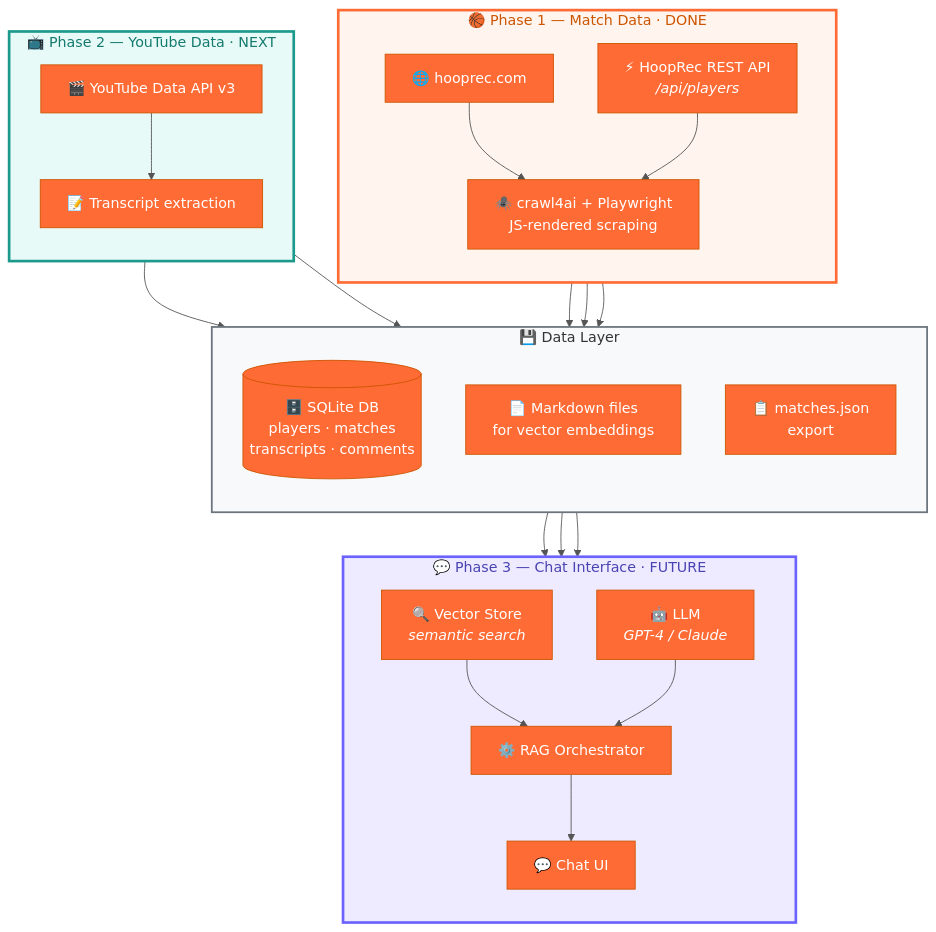
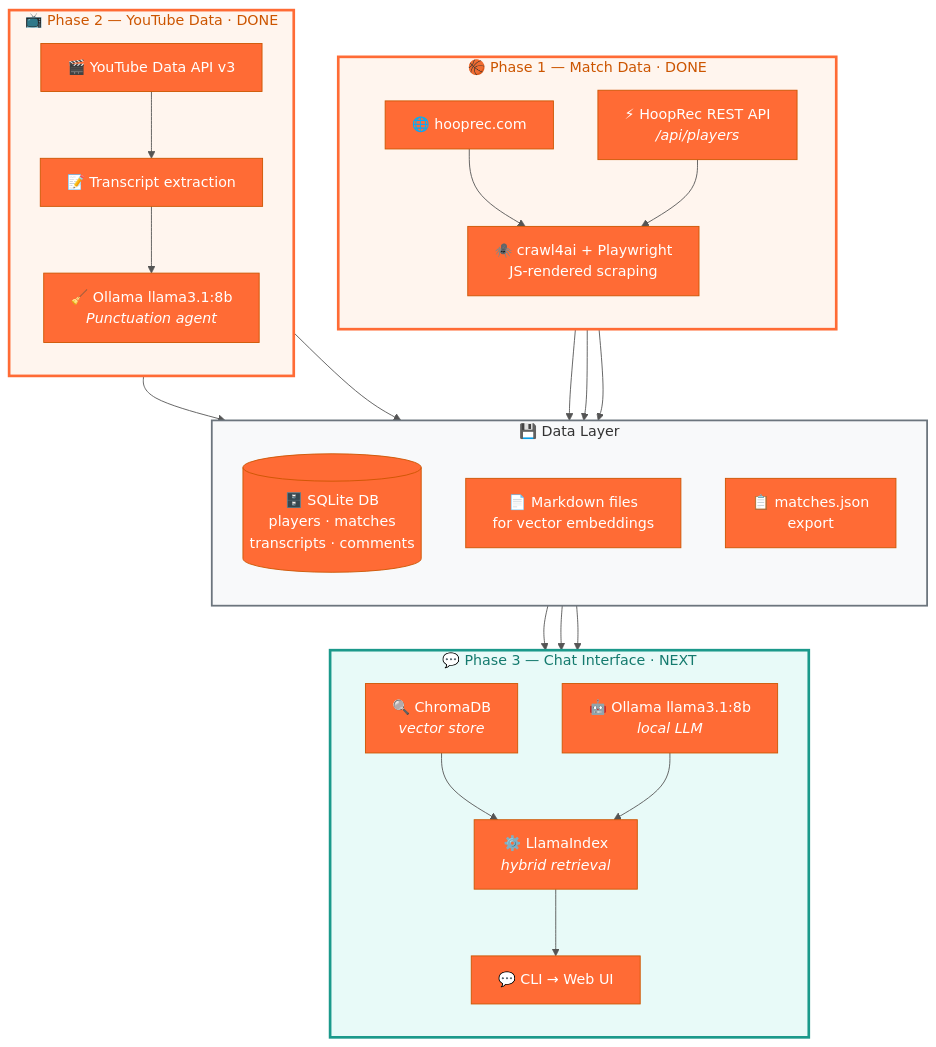
One commit to rpack78/hooprec-scraper changed the diagram in README.md. Above: the diagram before and after it, drawn with Mermaid. The commit also changed other lines of this file, not shown here.

Commit message:
docs: Updated README.md to show completion of Phase 2

````diff
--- a/README.md
+++ b/README.md
@@ -13,52 +13,54 @@
 ```mermaid
 %%{init: {'theme': 'base', 'themeVariables': { 'primaryColor': '#ff6b35', 'primaryTextColor': '#fff', 'primaryBorderColor': '#cc5500', 'secondaryColor': '#1b998b', 'secondaryTextColor': '#fff', 'secondaryBorderColor': '#147a6e', 'tertiaryColor': '#6c63ff', 'tertiaryTextColor': '#fff', 'tertiaryBorderColor': '#4a44b3', 'lineColor': '#555', 'noteTextColor': '#333', 'noteBkgColor': '#fff3cd', 'noteBorderColor': '#ffc107' }}}%%
 
 flowchart TB
     subgraph phase1["🏀 Phase 1 — Match Data · DONE"]
         direction TB
         HR["🌐 hooprec.com"]
         API["⚡ HoopRec REST API<br/><i>/api/players</i>"]
         CRAWL["🕷️ crawl4ai + Playwright<br/>JS-rendered scraping"]
         HR --> CRAWL
         API --> CRAWL
     end
 
-    subgraph phase2["📺 Phase 2 — YouTube Data · NEXT"]
+    subgraph phase2["📺 Phase 2 — YouTube Data · DONE"]
         direction TB
         YT["🎬 YouTube Data API v3"]
         YTDL["📝 Transcript extraction"]
+        OLLAMA_P2["🧹 Ollama llama3.1:8b<br/><i>Punctuation agent</i>"]
         YT --> YTDL
+        YTDL --> OLLAMA_P2
     end
 
     subgraph storage["💾 Data Layer"]
         direction TB
         DB[("🗄️ SQLite DB<br/>players · matches<br/>transcripts · comments")]
         MD["📄 Markdown files<br/>for vector embeddings"]
         JSON["📋 matches.json<br/>export"]
     end
 
-    subgraph phase3["💬 Phase 3 — Chat Interface · FUTURE"]
+    subgraph phase3["💬 Phase 3 — Chat Interface · NEXT"]
         direction TB
-        VEC["🔍 Vector Store<br/><i>semantic search</i>"]
-        LLM["🤖 LLM<br/><i>GPT-4 / Claude</i>"]
-        RAG["⚙️ RAG Orchestrator"]
-        CHAT["💬 Chat UI"]
+        VEC["🔍 ChromaDB<br/><i>vector store</i>"]
+        LLM["🤖 Ollama llama3.1:8b<br/><i>local LLM</i>"]
+        RAG["⚙️ LlamaIndex<br/><i>hybrid retrieval</i>"]
+        CHAT["💬 CLI → Web UI"]
         VEC --> RAG
         LLM --> RAG
         RAG --> CHAT
     end
 
     CRAWL --> DB
     CRAWL --> MD
     CRAWL --> JSON
-    YTDL --> DB
-    YTDL --> MD
+    OLLAMA_P2 --> DB
+    OLLAMA_P2 --> MD
     DB --> VEC
     MD --> VEC
     DB --> RAG
 
     style phase1 fill:#fff5ee,stroke:#ff6b35,stroke-width:3px,color:#cc5500
-    style phase2 fill:#e8faf8,stroke:#1b998b,stroke-width:3px,color:#147a6e
+    style phase2 fill:#fff5ee,stroke:#ff6b35,stroke-width:3px,color:#cc5500
     style storage fill:#f8f9fa,stroke:#6c757d,stroke-width:2px,color:#333
-    style phase3 fill:#eeeaff,stroke:#6c63ff,stroke-width:3px,color:#4a44b3
+    style phase3 fill:#e8faf8,stroke:#1b998b,stroke-width:3px,color:#147a6e
 ```
````
